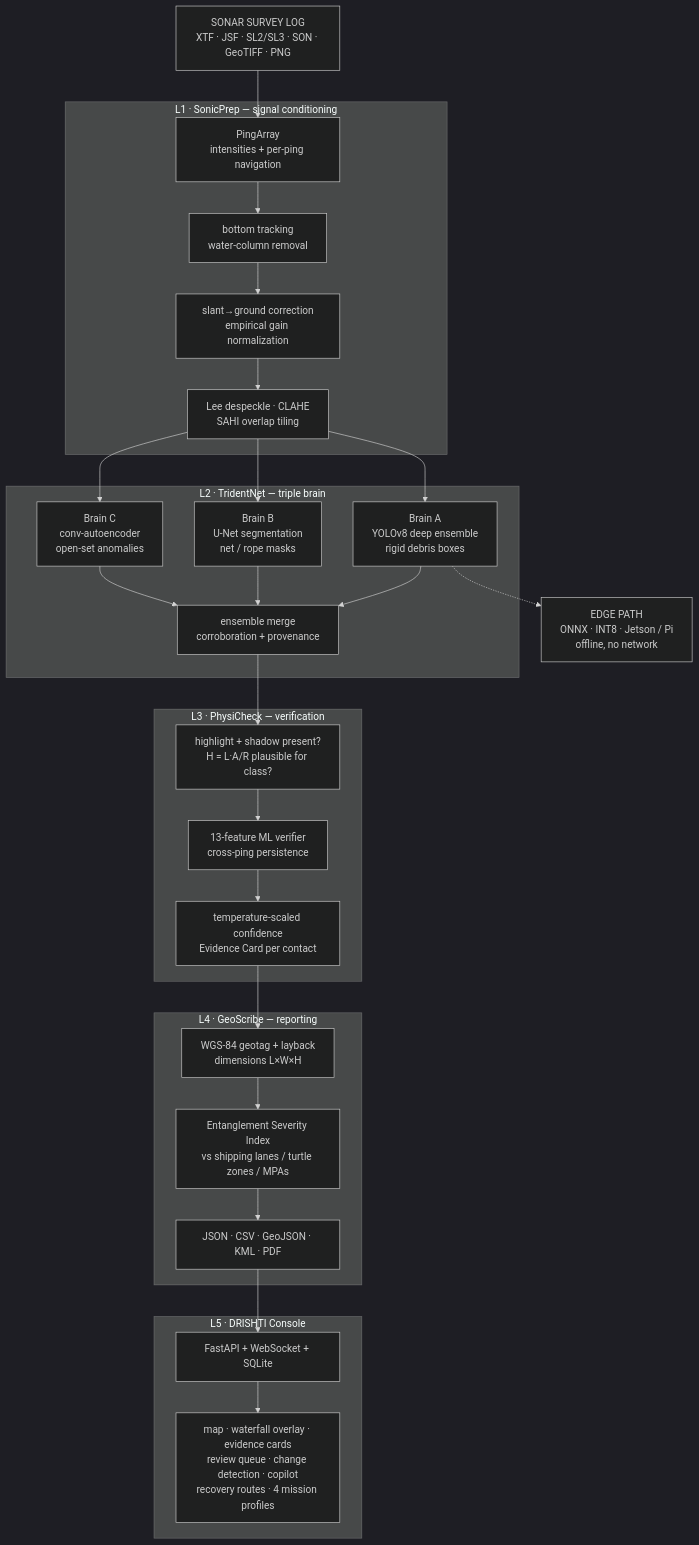
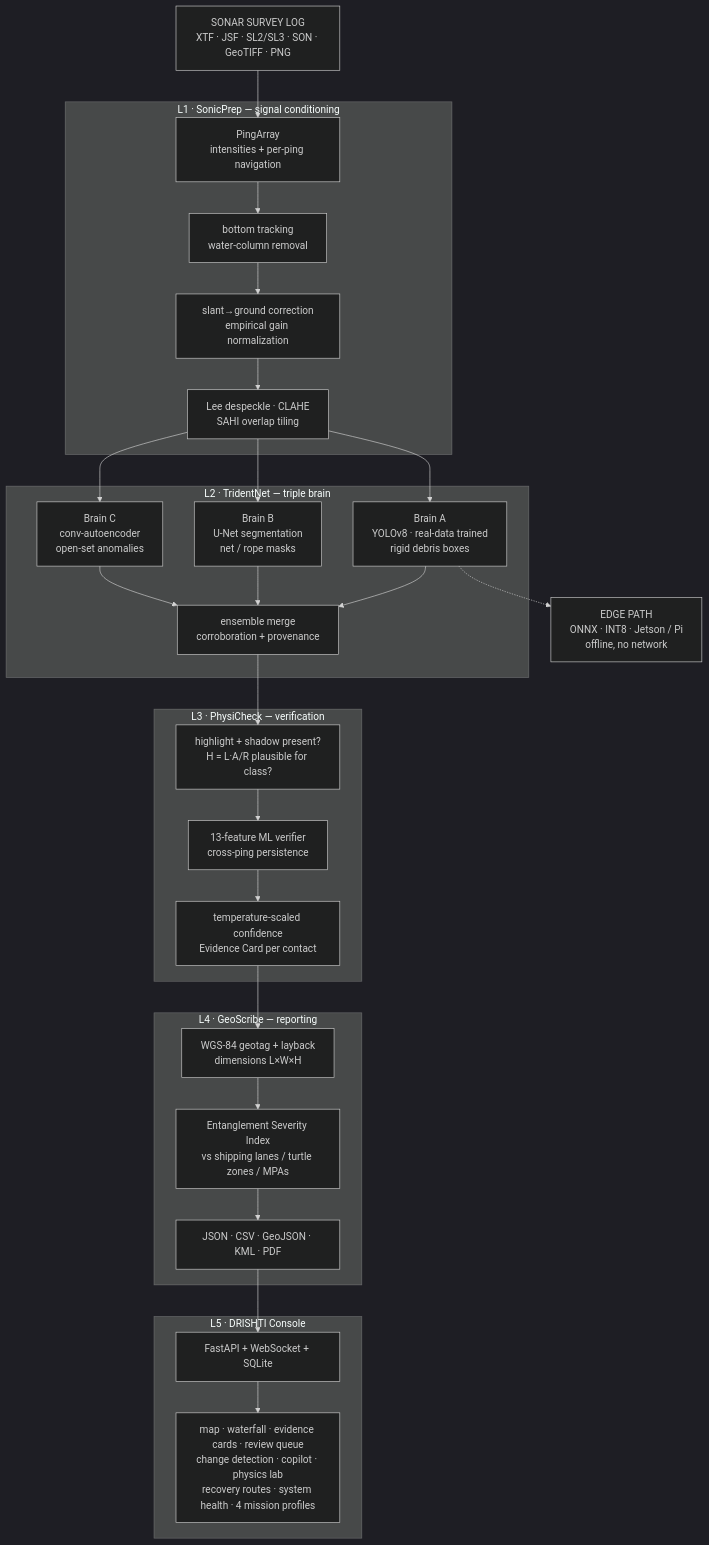
Before and after one commit to SUBASH-R-007/SAGAR-NETRA: the diagram in README.md, drawn with Mermaid (dark theme). The commit also changed other lines of this file, not shown here.

````diff
--- a/README.md
+++ b/README.md
@@ -67,38 +68,38 @@
 ```mermaid
 flowchart TD
     A["SONAR SURVEY LOG<br/>XTF · JSF · SL2/SL3 · SON · GeoTIFF · PNG"] --> B
 
     subgraph L1["L1 · SonicPrep — signal conditioning"]
         B["PingArray<br/>intensities + per-ping navigation"] --> C["bottom tracking<br/>water-column removal"]
         C --> D["slant→ground correction<br/>empirical gain normalization"]
         D --> E["Lee despeckle · CLAHE<br/>SAHI overlap tiling"]
     end
 
     subgraph L2["L2 · TridentNet — triple brain"]
-        E --> F["Brain A<br/>YOLOv8 deep ensemble<br/>rigid debris boxes"]
+        E --> F["Brain A<br/>YOLOv8 · real-data trained<br/>rigid debris boxes"]
         E --> G["Brain B<br/>U-Net segmentation<br/>net / rope masks"]
         E --> H["Brain C<br/>conv-autoencoder<br/>open-set anomalies"]
         F --> I["ensemble merge<br/>corroboration + provenance"]
         G --> I
         H --> I
     end
 
     subgraph L3["L3 · PhysiCheck — verification"]
         I --> J["highlight + shadow present?<br/>H = L·A/R plausible for class?"]
         J --> K["13-feature ML verifier<br/>cross-ping persistence"]
         K --> L["temperature-scaled confidence<br/>Evidence Card per contact"]
     end
 
     subgraph L4["L4 · GeoScribe — reporting"]
         L --> M["WGS-84 geotag + layback<br/>dimensions L×W×H"]
         M --> N["Entanglement Severity Index<br/>vs shipping lanes / turtle zones / MPAs"]
         N --> O["JSON · CSV · GeoJSON · KML · PDF"]
     end
 
     subgraph L5["L5 · DRISHTI Console"]
         O --> P["FastAPI + WebSocket + SQLite"]
-        P --> Q["map · waterfall overlay · evidence cards<br/>review queue · change detection · copilot<br/>recovery routes · 4 mission profiles"]
+        P --> Q["map · waterfall · evidence cards · review queue<br/>change detection · copilot · physics lab<br/>recovery routes · system health · 4 mission profiles"]
     end
 
     F -.-> R["EDGE PATH<br/>ONNX · INT8 · Jetson / Pi<br/>offline, no network"]
 ```
````
